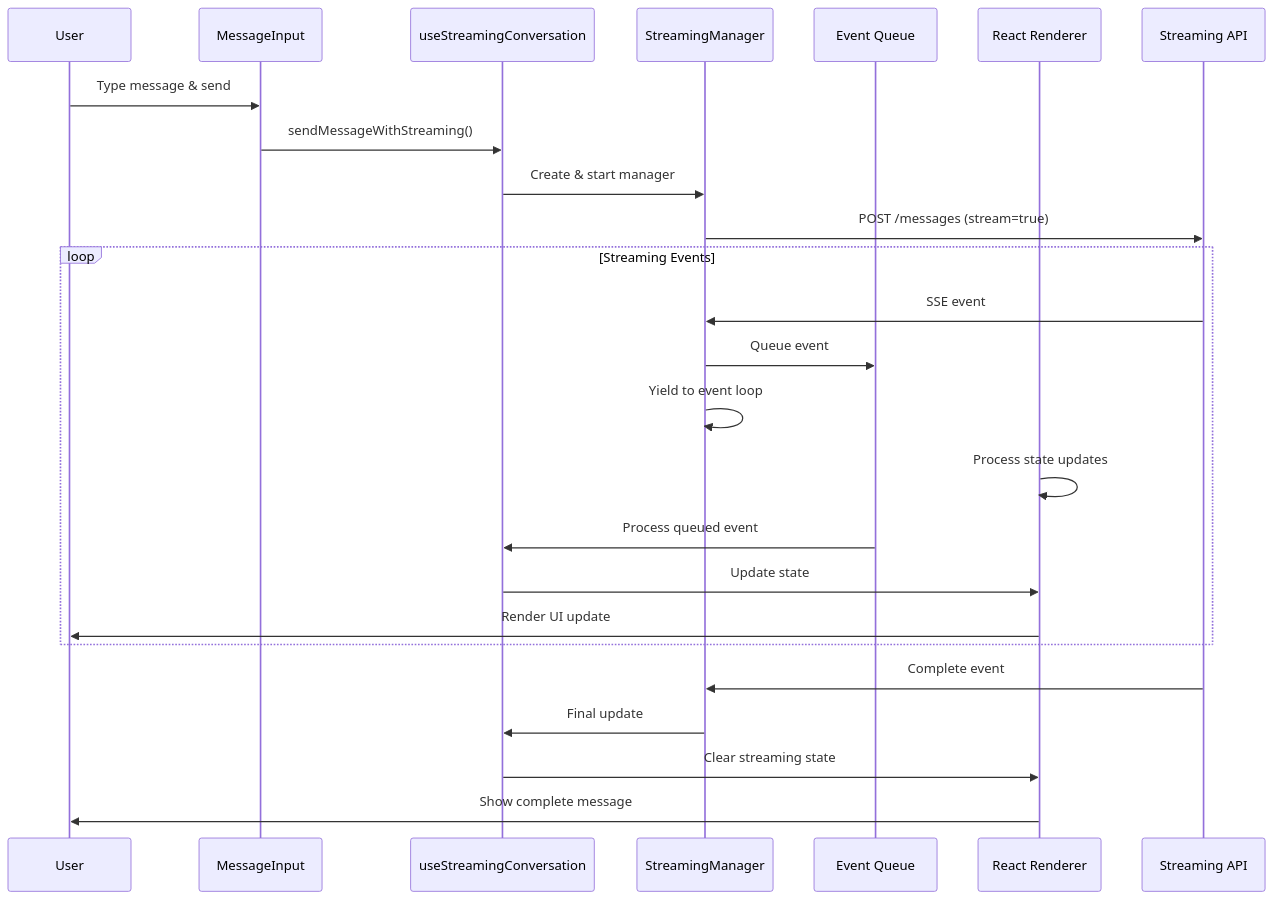
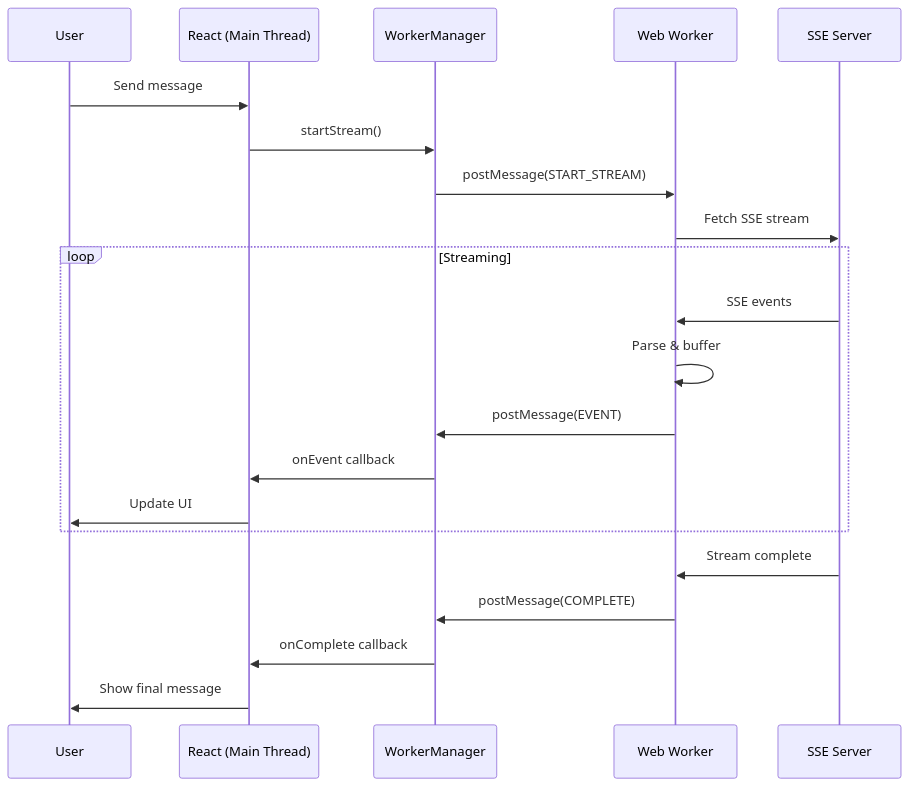
The diagram in packages/client/README-STREAMING.md (theingenuityco/starships.ai), drawn with Mermaid before and after one commit. The commit also changed other lines of this file and 1 other file, not shown here.

````diff
--- a/packages/client/README-STREAMING.md
+++ b/packages/client/README-STREAMING.md
@@ -116,30 +76,26 @@
 ```mermaid
 sequenceDiagram
     participant User
-    participant Input as MessageInput
-    participant Hook as useStreamingConversation
-    participant Manager as StreamingManager
-    participant Queue as Event Queue
-    participant React as React Renderer
-    participant Server as Streaming API
+    participant React as React (Main Thread)
+    participant Manager as WorkerManager
+    participant Worker as Web Worker
+    participant Server as SSE Server
 
-    User->>Input: Type message & send
-    Input->>Hook: sendMessageWithStreaming()
-    Hook->>Manager: Create & start manager
-    Manager->>Server: POST /messages (stream=true)
+    User->>React: Send message
+    React->>Manager: startStream()
+    Manager->>Worker: postMessage(START_STREAM)
+    Worker->>Server: Fetch SSE stream
 
-    loop Streaming Events
-        Server->>Manager: SSE event
-        Manager->>Queue: Queue event
-        Manager->>Manager: Yield to event loop
-        React->>React: Process state updates
-        Queue->>Hook: Process queued event
-        Hook->>React: Update state
-        React->>User: Render UI update
+    loop Streaming
+        Server->>Worker: SSE events
+        Worker->>Worker: Parse & buffer
+        Worker->>Manager: postMessage(EVENT)
+        Manager->>React: onEvent callback
+        React->>User: Update UI
     end
 
-    Server->>Manager: Complete event
-    Manager->>Hook: Final update
-    Hook->>React: Clear streaming state
-    React->>User: Show complete message
+    Server->>Worker: Stream complete
+    Worker->>Manager: postMessage(COMPLETE)
+    Manager->>React: onComplete callback
+    React->>User: Show final message
 ```
````
